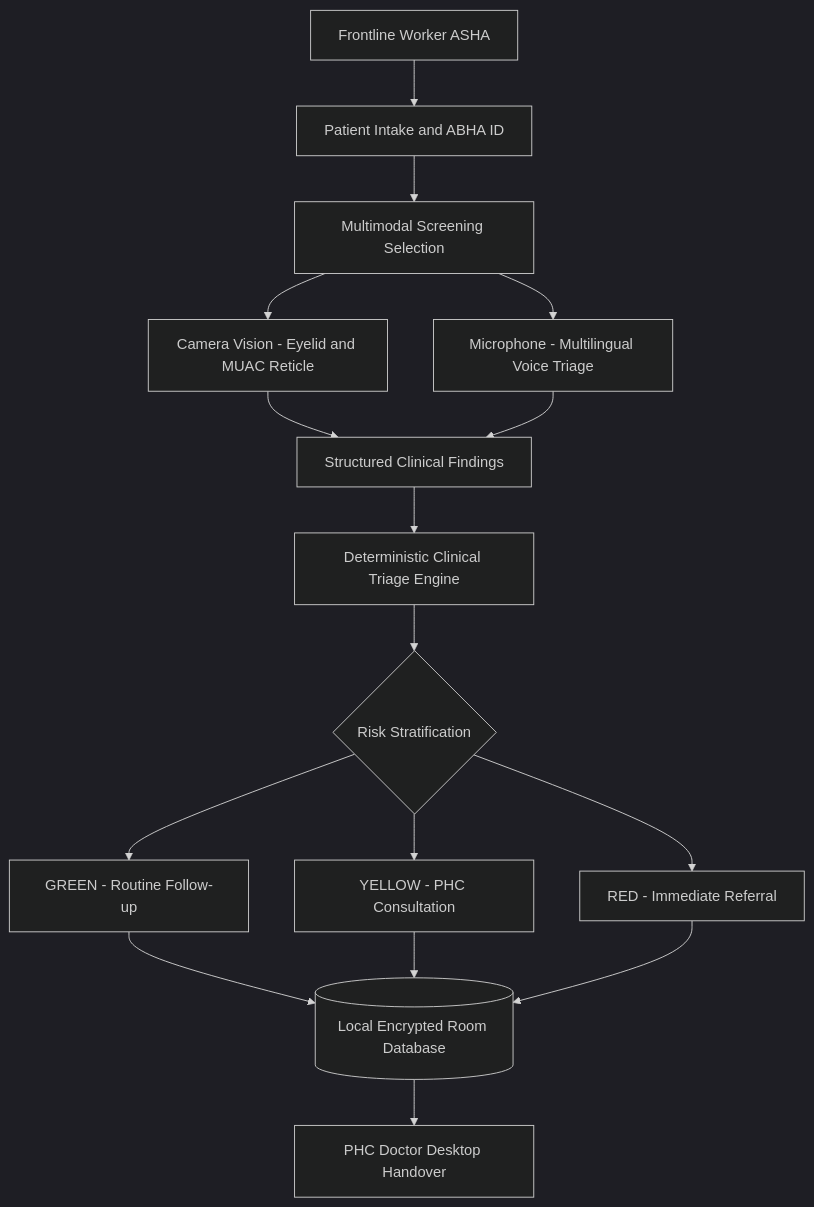
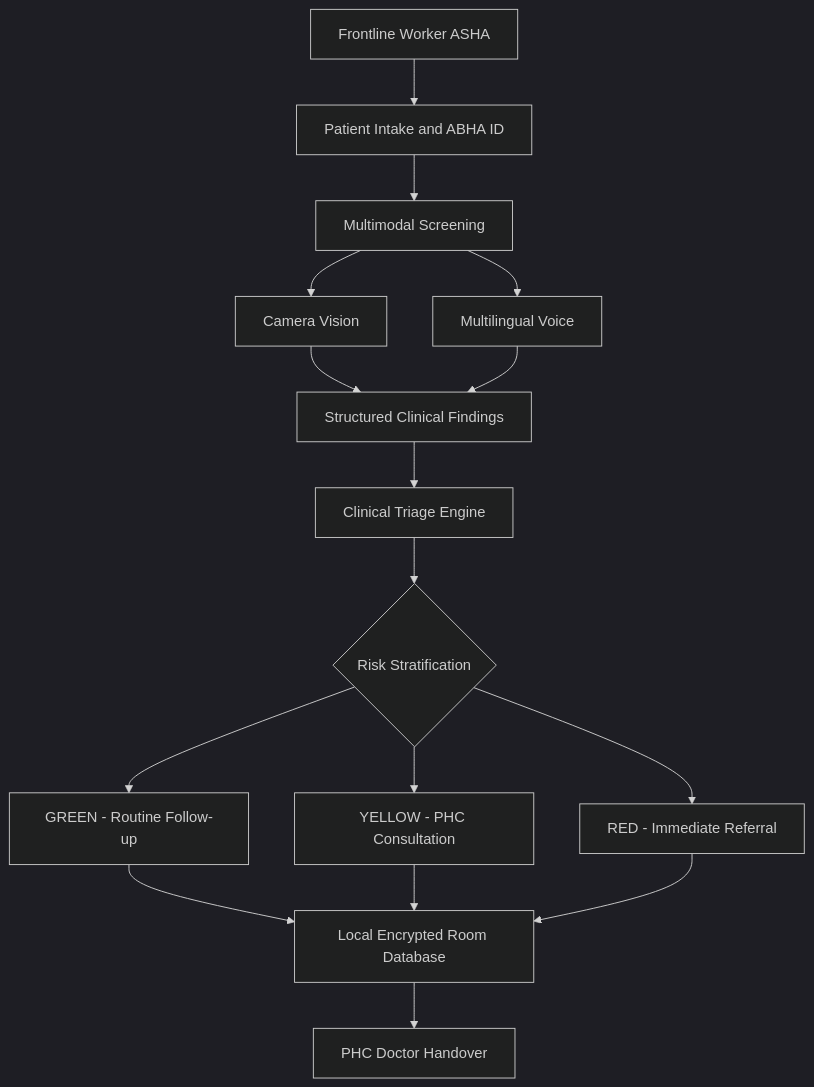
One commit to SarthakNC/Nidan-AI---IQOO-INDIA-HACKATHON-IDEA-SUBMISSION changed the first of 4 diagrams in README.md. Above: the diagram before and after it, drawn with Mermaid (dark theme). The commit also changed other lines of this file, not shown here.

````diff
--- a/README.md
+++ b/README.md
@@ -47,33 +61,32 @@
 ```mermaid
-flowchart TD
-
+graph TD
     USER["Frontline Worker ASHA"]
     INTAKE["Patient Intake and ABHA ID"]
-    SCREEN["Multimodal Screening Selection"]
-    VISION["Camera Vision - Eyelid and MUAC Reticle"]
-    VOICE["Microphone - Multilingual Voice Triage"]
+    SCREEN["Multimodal Screening"]
+    VISION["Camera Vision"]
+    VOICE["Multilingual Voice"]
     FINDINGS["Structured Clinical Findings"]
-    TRIAGE["Deterministic Clinical Triage Engine"]
+    TRIAGE["Clinical Triage Engine"]
     RISK{"Risk Stratification"}
     GREEN["GREEN - Routine Follow-up"]
     YELLOW["YELLOW - PHC Consultation"]
     RED["RED - Immediate Referral"]
-    DB[("Local Encrypted Room Database")]
-    HANDOVER["PHC Doctor Desktop Handover"]
+    DB["Local Encrypted Room Database"]
+    HANDOVER["PHC Doctor Handover"]
 
     USER --> INTAKE
     INTAKE --> SCREEN
     SCREEN --> VISION
     SCREEN --> VOICE
     VISION --> FINDINGS
     VOICE --> FINDINGS
     FINDINGS --> TRIAGE
     TRIAGE --> RISK
     RISK --> GREEN
     RISK --> YELLOW
     RISK --> RED
     GREEN --> DB
     YELLOW --> DB
     RED --> DB
     DB --> HANDOVER
 ```
````
